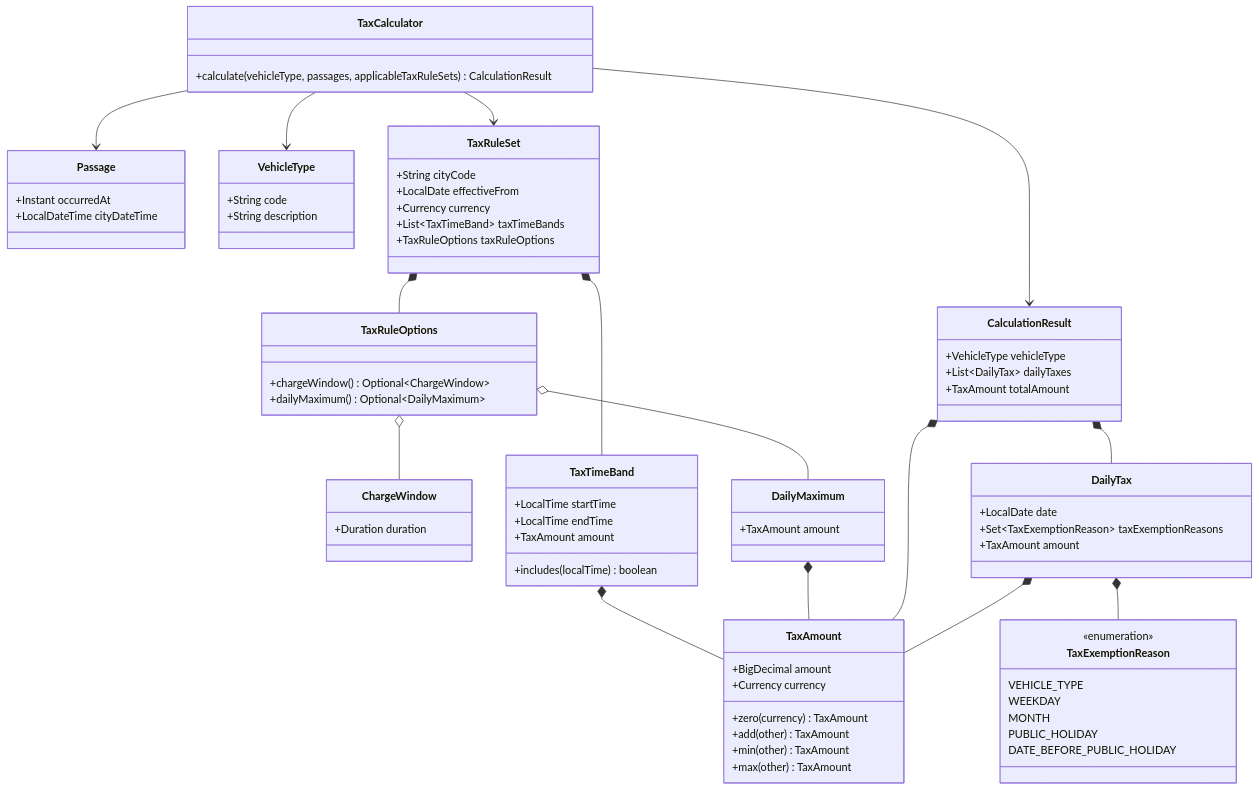
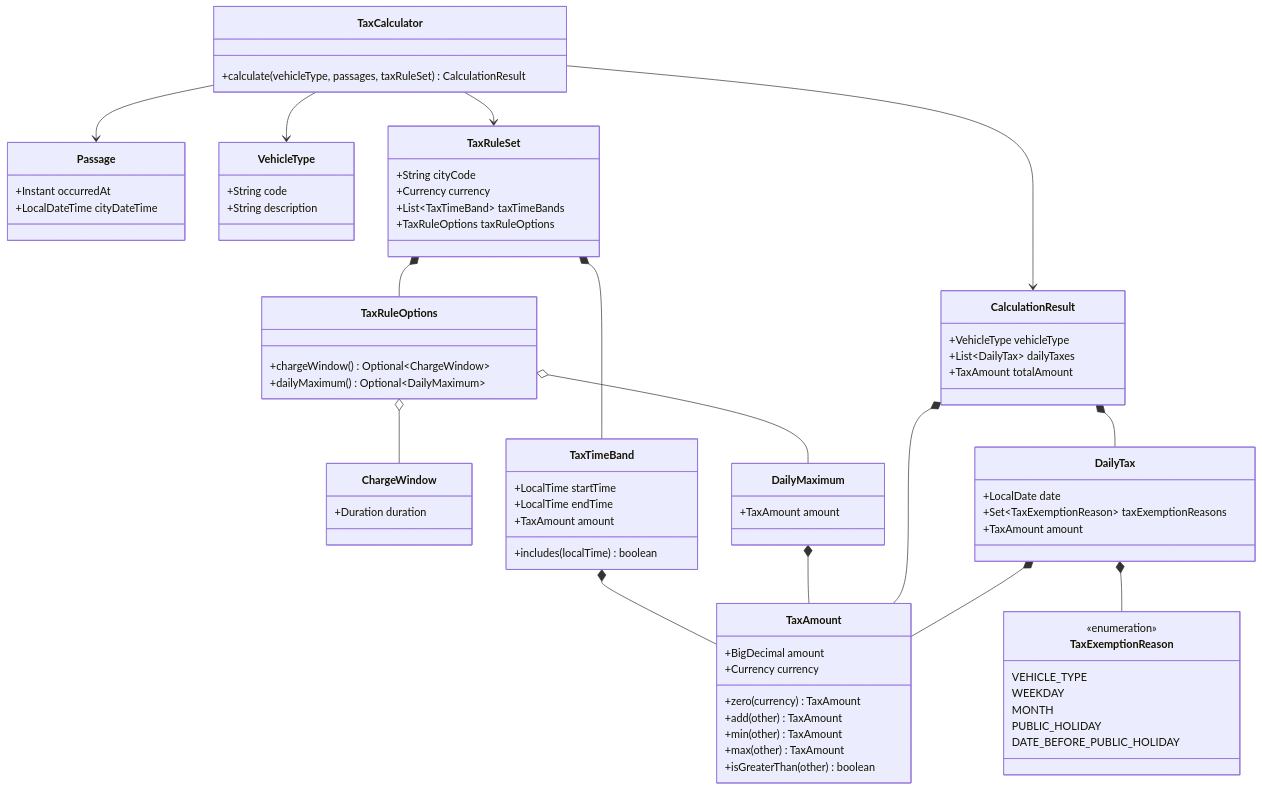
The diagram in docs/design/calculation.md (igrgin/congestion-tax-calculator), drawn with Mermaid before and after one commit. The commit also changed other lines of this file and 58 other files, not shown here.

First line of the commit message:
Use City Local Time and one City Tax Rule Set (#16)

````diff
--- a/docs/design/calculation.md
+++ b/docs/design/calculation.md
@@ -91,7 +101,7 @@
 ```mermaid
 classDiagram
     class TaxCalculator {
-        +calculate(vehicleType, passages, applicableTaxRuleSets) CalculationResult
+        +calculate(vehicleType, passages, taxRuleSet) CalculationResult
     }
 
     class Passage {
@@ -106,7 +116,6 @@
 
     class TaxRuleSet {
         +String cityCode
-        +LocalDate effectiveFrom
         +Currency currency
         +List~TaxTimeBand~ taxTimeBands
         +TaxRuleOptions taxRuleOptions
@@ -139,6 +148,7 @@
         +add(other) TaxAmount
         +min(other) TaxAmount
         +max(other) TaxAmount
+        +isGreaterThan(other) boolean
     }
 
     class TaxExemptionReason {
````
